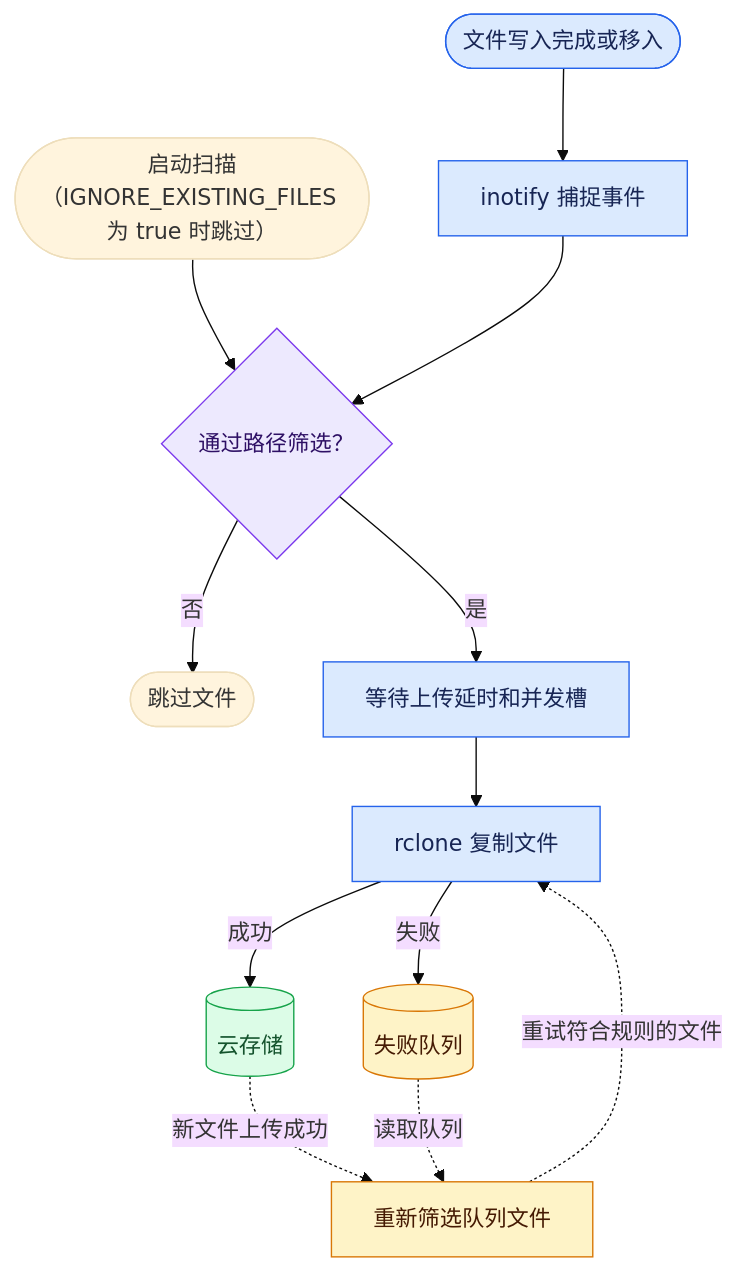
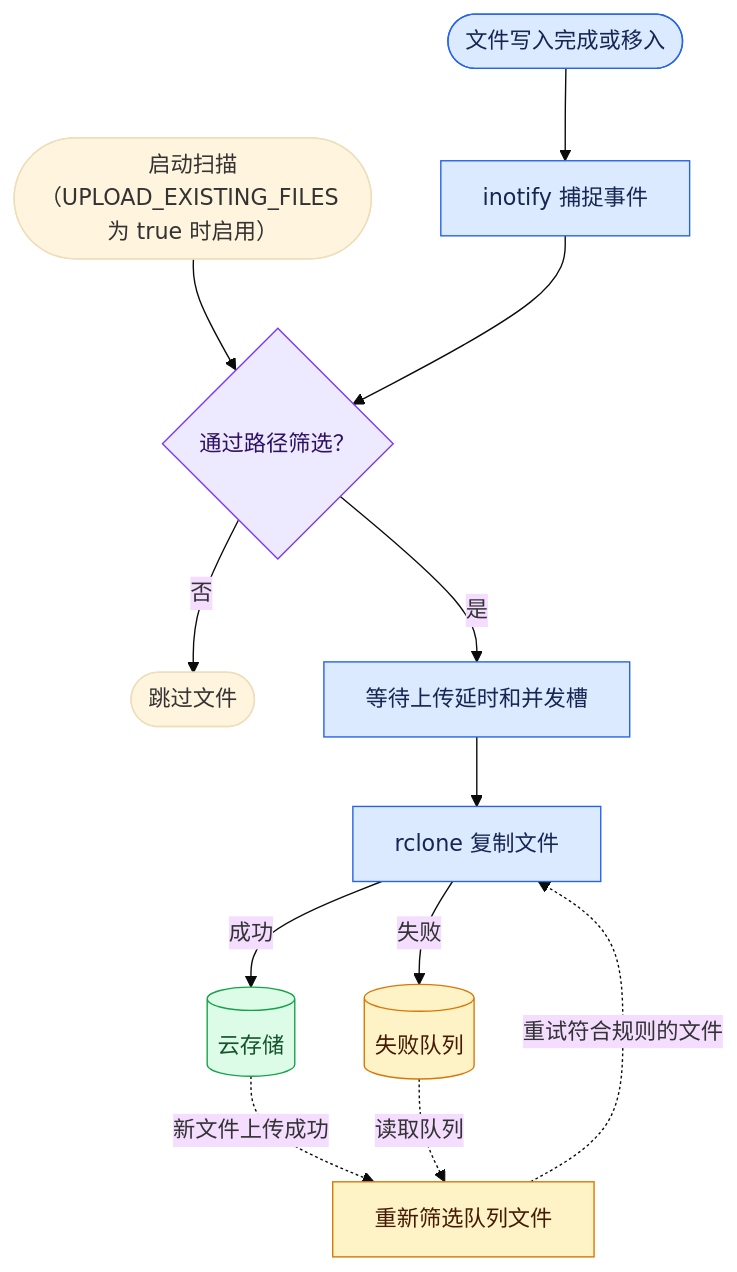
Before and after one commit to ldsink/rclone-watch: the diagram in README.zh-CN.md, drawn with Mermaid (base theme). The commit also changed other lines of this file and 4 other files, not shown here.

````diff
--- a/README.zh-CN.md
+++ b/README.zh-CN.md
@@ -127,23 +126,23 @@
 ```mermaid
 flowchart TD
     Event(["文件写入完成或移入"]) --> Watch["inotify 捕捉事件"]
-    Startup(["启动扫描（IGNORE_EXISTING_FILES 为 true 时跳过）"]) --> Filters
+    Startup(["启动扫描（UPLOAD_EXISTING_FILES 为 true 时启用）"]) --> Filters
     Watch --> Filters{"通过路径筛选？"}
     Filters -->|否| Skip(["跳过文件"])
     Filters -->|是| Wait["等待上传延时和并发槽"]
     Wait --> Upload["rclone 复制文件"]
     Upload -->|成功| Cloud[("云存储")]
     Upload -->|失败| Queue[("失败队列")]
     Cloud -.->|新文件上传成功| Retry["重新筛选队列文件"]
     Queue -.->|读取队列| Retry
     Retry -.->|重试符合规则的文件| Upload
 
     classDef input fill:#dbeafe,stroke:#2563eb,color:#172554
     classDef decision fill:#ede9fe,stroke:#7c3aed,color:#2e1065
     classDef success fill:#dcfce7,stroke:#16a34a,color:#14532d
     classDef retry fill:#fef3c7,stroke:#d97706,color:#451a03
     class Event,Watch,Wait,Upload input
     class Filters decision
     class Cloud success
     class Queue,Retry retry
 ```
````
